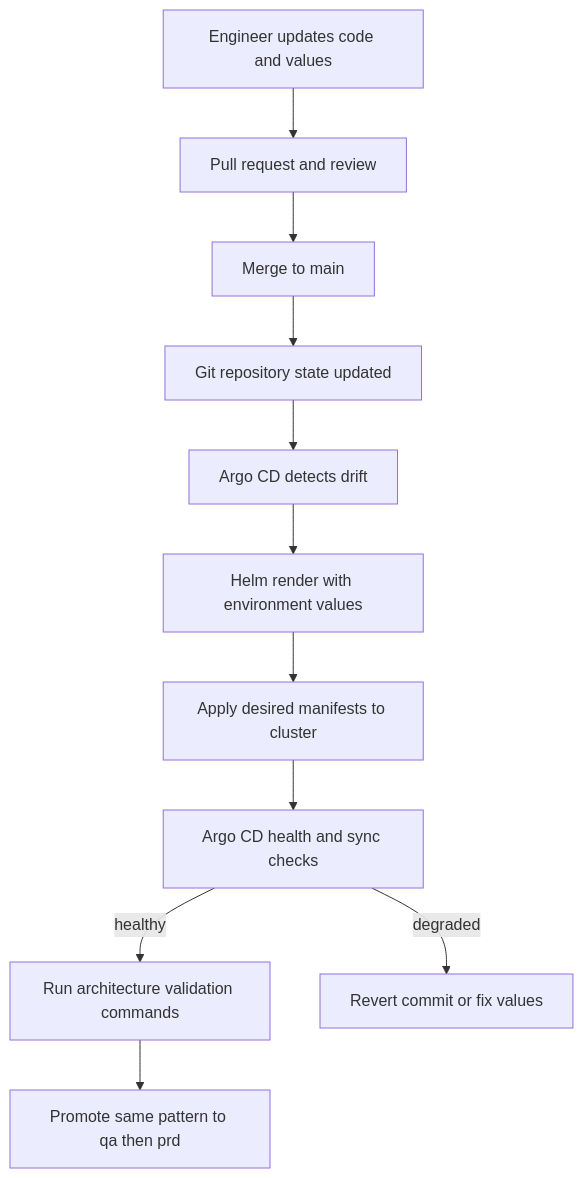
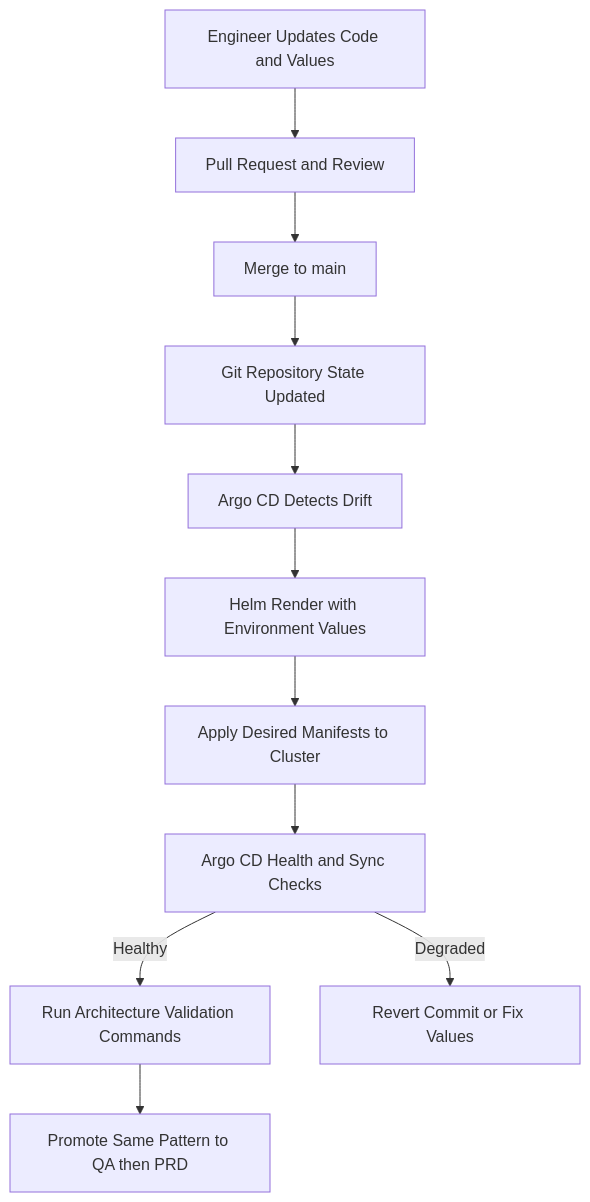
One commit to paulchen8206/Full-Stack-Modern-Data-Architecture-and-Engineering changed the eighth of 9 diagrams in docs/architecture.md. Above: the diagram before and after it, drawn with Mermaid. The commit also changed other lines of this file and 122 other files, not shown here.

Commit message:
code review

````diff
--- a/docs/architecture.md
+++ b/docs/architecture.md
@@ -812,13 +812,13 @@
 ```mermaid
 flowchart TD
-  DEV[Engineer updates code and values] --> PR[Pull request and review]
+  DEV[Engineer Updates Code and Values] --> PR[Pull Request and Review]
   PR --> MERGE[Merge to main]
-  MERGE --> REPO[Git repository state updated]
-  REPO --> ARGO[Argo CD detects drift]
-  ARGO --> RENDER[Helm render with environment values]
-  RENDER --> APPLY[Apply desired manifests to cluster]
-  APPLY --> HEALTH[Argo CD health and sync checks]
-  HEALTH -->|healthy| VERIFY[Run architecture validation commands]
-  HEALTH -->|degraded| FIX[Revert commit or fix values]
-  VERIFY --> PROMOTE[Promote same pattern to qa then prd]
+  MERGE --> REPO[Git Repository State Updated]
+  REPO --> ARGO[Argo CD Detects Drift]
+  ARGO --> RENDER[Helm Render with Environment Values]
+  RENDER --> APPLY[Apply Desired Manifests to Cluster]
+  APPLY --> HEALTH[Argo CD Health and Sync Checks]
+  HEALTH -->|Healthy| VERIFY[Run Architecture Validation Commands]
+  HEALTH -->|Degraded| FIX[Revert Commit or Fix Values]
+  VERIFY --> PROMOTE[Promote Same Pattern to QA then PRD]
 ```
````
